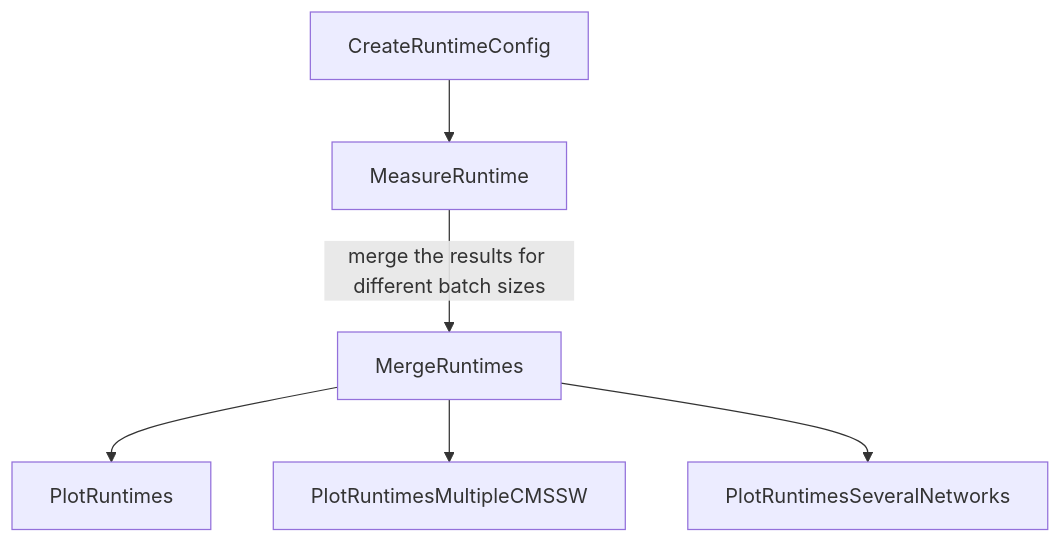
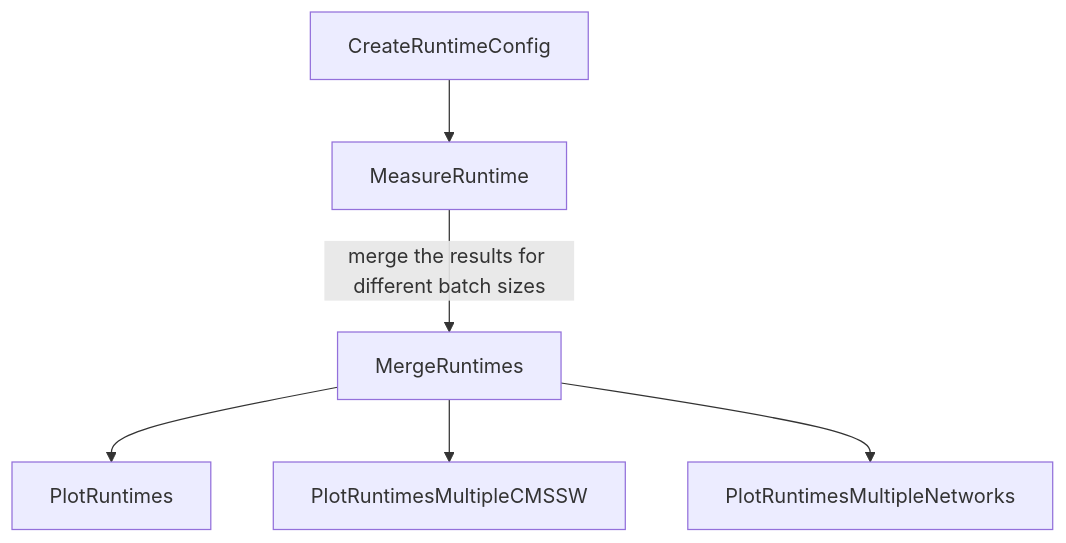
The second of 2 diagrams in README.md (cms-ml/MLProf), drawn with Mermaid before and after one commit. The commit also changed other lines of this file and 3 other files, not shown here.

````diff
--- a/README.md
+++ b/README.md
@@ -106,8 +106,8 @@
 ```mermaid
 flowchart TD
     A[CreateRuntimeConfig] --> B[MeasureRuntime]
     B --> |merge the results for different batch sizes| C[MergeRuntimes]
     C --> D[PlotRuntimes]
     C --> E[PlotRuntimesMultipleCMSSW]
-    C --> F[PlotRuntimesSeveralNetworks]
+    C --> F[PlotRuntimesMultipleNetworks]
 ```
````
